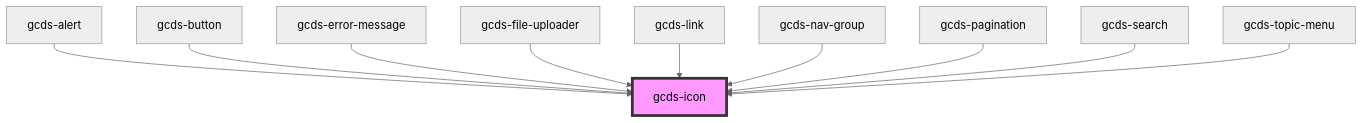
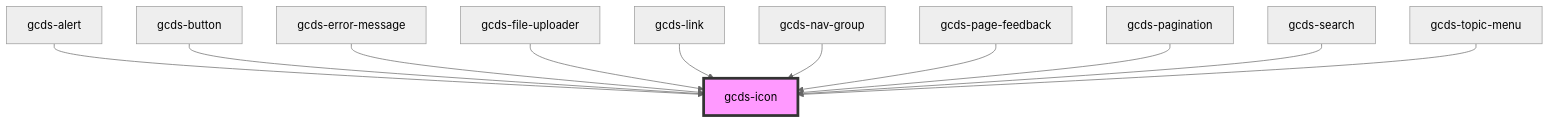
One commit to cds-snc/gcds-components changed the diagram in packages/web/src/components/gcds-icon/readme.md. Above: the diagram before and after it, drawn with Mermaid (neutral theme). The commit also changed other lines of this file and 23 other files, not shown here.

Commit message:
feat: gcds-page-feedback - Initial commit

````diff
--- a/packages/web/src/components/gcds-icon/readme.md
+++ b/packages/web/src/components/gcds-icon/readme.md
@@ -36,13 +37,14 @@
 ```mermaid
 graph TD;
   gcds-alert --> gcds-icon
   gcds-button --> gcds-icon
   gcds-error-message --> gcds-icon
   gcds-file-uploader --> gcds-icon
   gcds-link --> gcds-icon
   gcds-nav-group --> gcds-icon
+  gcds-page-feedback --> gcds-icon
   gcds-pagination --> gcds-icon
   gcds-search --> gcds-icon
   gcds-topic-menu --> gcds-icon
   style gcds-icon fill:#f9f,stroke:#333,stroke-width:4px
 ```
````
